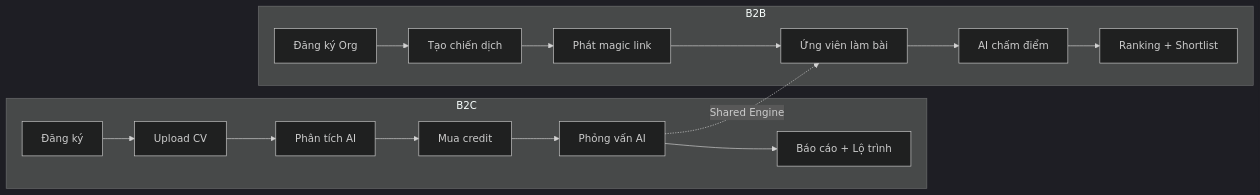
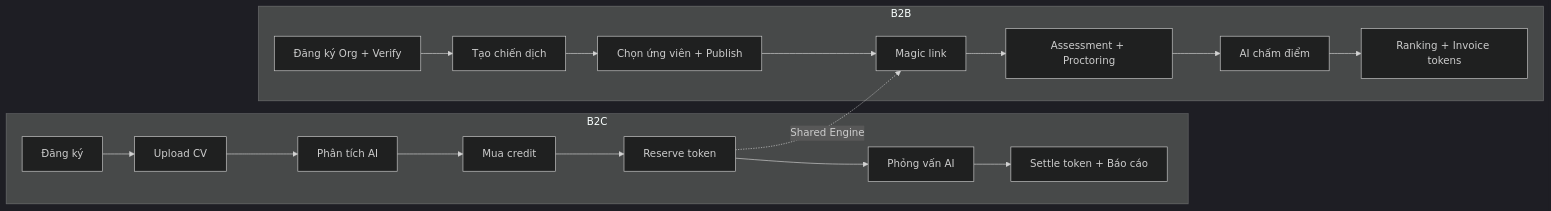
Before and after one commit to SU26SE043/isas-web-client: the first of 3 diagrams in docs/FRONTEND_MASTER_PLAN.md, drawn with Mermaid (dark theme). The commit also changed other lines of this file and 8 other files, not shown here.

````diff
--- a/docs/FRONTEND_MASTER_PLAN.md
+++ b/docs/FRONTEND_MASTER_PLAN.md
@@ -59,18 +62,20 @@
 ```mermaid
 flowchart LR
     subgraph B2C
         A1[Đăng ký] --> A2[Upload CV]
         A2 --> A3[Phân tích AI]
         A3 --> A4[Mua credit]
-        A4 --> A5[Phỏng vấn AI]
-        A5 --> A6[Báo cáo + Lộ trình]
+        A4 --> A5[Reserve token]
+        A5 --> A6[Phỏng vấn AI]
+        A6 --> A7[Settle token + Báo cáo]
     end
     subgraph B2B
-        B1[Đăng ký Org] --> B2[Tạo chiến dịch]
-        B2 --> B3[Phát magic link]
-        B3 --> B4[Ứng viên làm bài]
-        B4 --> B5[AI chấm điểm]
-        B5 --> B6[Ranking + Shortlist]
+        B1[Đăng ký Org + Verify] --> B2[Tạo chiến dịch]
+        B2 --> B3[Chọn ứng viên + Publish]
+        B3 --> B4[Magic link]
+        B4 --> B5[Assessment + Proctoring]
+        B5 --> B6[AI chấm điểm]
+        B6 --> B7[Ranking + Invoice tokens]
     end
     A5 -.->|Shared Engine| B4
 ```
````
